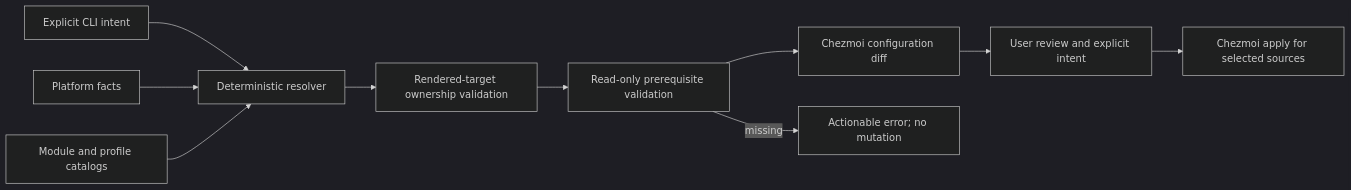
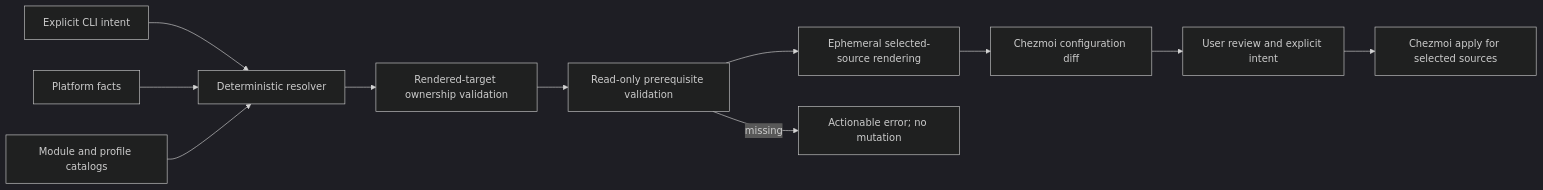
Before and after one commit to mlznlv/dotfiles: the diagram in docs/architecture.md, drawn with Mermaid (dark theme). The commit also changed other lines of this file and 25 other files, not shown here.

```diff
--- a/docs/architecture.md
+++ b/docs/architecture.md
@@ -37,12 +37,13 @@
 ~~~mermaid
 flowchart LR
     A["Explicit CLI intent"] --> D["Deterministic resolver"]
     B["Platform facts"] --> D
     C["Module and profile catalogs"] --> D
     D --> E["Rendered-target ownership validation"]
     E --> F["Read-only prerequisite validation"]
-    F --> G["Chezmoi configuration diff"]
+    F --> R["Ephemeral selected-source rendering"]
+    R --> G["Chezmoi configuration diff"]
     G --> H["User review and explicit intent"]
     H --> I["Chezmoi apply for selected sources"]
     F -->|"missing"| J["Actionable error; no mutation"]
 ~~~
```
